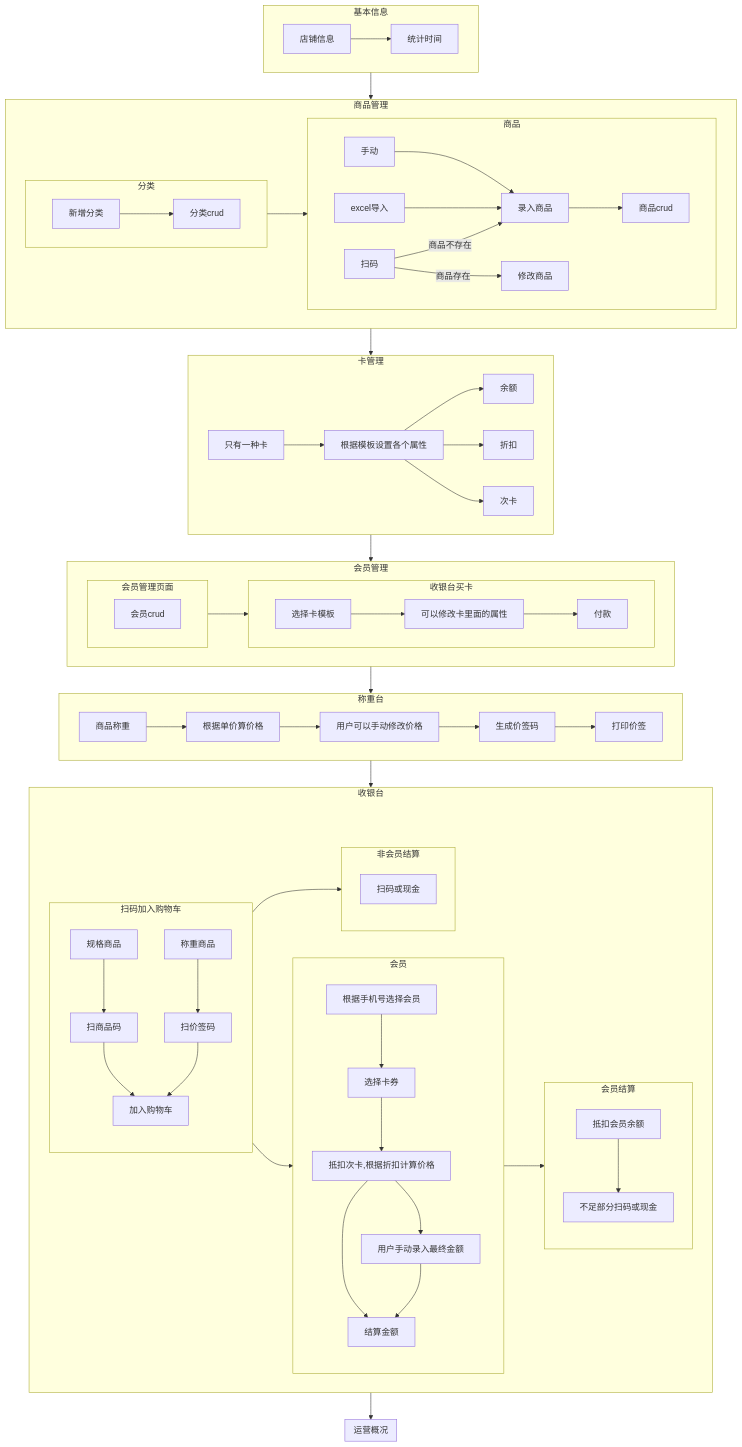
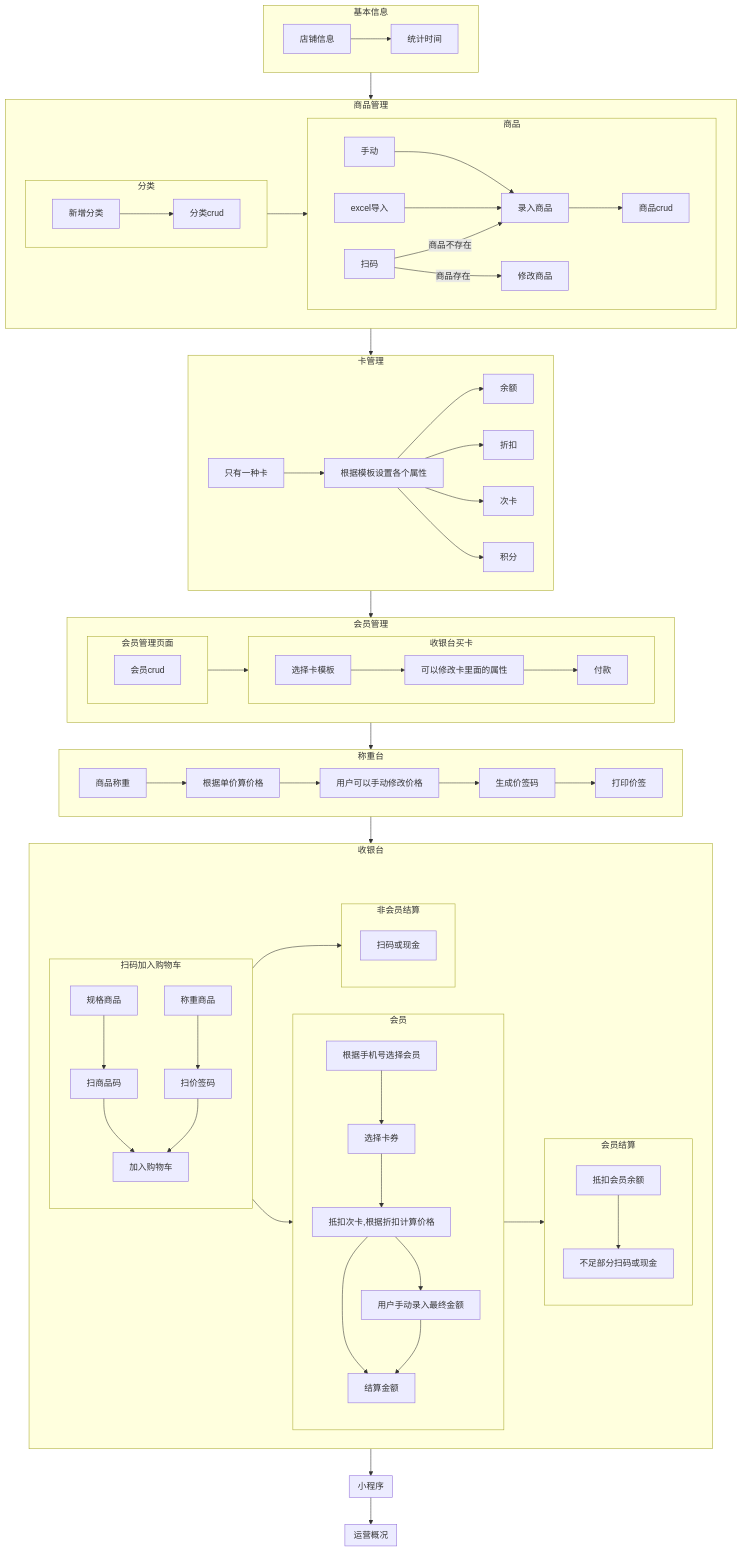
One commit to everforcc/DocJava changed the diagram in doc_java_project_znkj/24. 店掌柜/09. 流程图/02. 流程图.md. Above: the diagram before and after it, drawn with Mermaid. The commit also changed other lines of this file and 4 other files, not shown here.

Commit message:
店掌柜流程图

````diff
--- a/doc_java_project_znkj/24. 店掌柜/09. 流程图/02. 流程图.md
+++ b/doc_java_project_znkj/24. 店掌柜/09. 流程图/02. 流程图.md
@@ -3,75 +3,79 @@
 ```mermaid
   flowchart TB
     subgraph 基本信息
-      direction LR
-      店铺信息 --> 统计时间
+        direction LR
+        店铺信息 --> 统计时间
     end
     subgraph 商品管理
-      direction LR
-      subgraph 分类
         direction LR
-        新增分类 --> 分类crud
+        subgraph 分类
+            direction LR
+            新增分类 --> 分类crud
         end
-      subgraph 商品
-        direction LR
-        手动 --> 录入商品
-        excel导入 --> 录入商品
-        扫码 -- 商品不存在 --> 录入商品
-        扫码 -- 商品存在 --> 修改商品
-        录入商品 --> 商品crud
+        subgraph 商品
+            direction LR
+            手动 --> 录入商品
+            excel导入 --> 录入商品
+            扫码 -- 商品不存在 --> 录入商品
+            扫码 -- 商品存在 --> 修改商品
+            录入商品 --> 商品crud
         end
     end
-        分类 --> 商品
+    分类 --> 商品
     subgraph 卡管理
         direction LR
         只有一种卡 --> 根据模板设置各个属性
-        根据模板设置各个属性 --> 余额 
+        根据模板设置各个属性 --> 余额
         根据模板设置各个属性 --> 折扣
         根据模板设置各个属性 --> 次卡
-end
+        根据模板设置各个属性 --> 积分
+    end
     subgraph 会员管理
         direction LR
         subgraph 会员管理页面
             direction LR
             会员crud
         end
         subgraph 收银台买卡
             direction LR
             选择卡模板 --> 可以修改卡里面的属性 --> 付款
         end
     end
-        会员管理页面 --> 收银台买卡
+    会员管理页面 --> 收银台买卡
     subgraph 称重台
         direction LR
-            direction LR
-            商品称重 --> 根据单价算价格 --> 用户可以手动修改价格 --> 生成价签码  --> 打印价签
+        direction LR
+        商品称重 --> 根据单价算价格 --> 用户可以手动修改价格 --> 生成价签码 --> 打印价签
     end
     subgraph 收银台
-      direction LR
-      subgraph 扫码加入购物车
-        direction TB
-         规格商品 --> 扫商品码 --> 加入购物车 
-         称重商品 --> 扫价签码 --> 加入购物车 
-      end
-      subgraph 会员
-        direction TB
-        根据手机号选择会员 --> 选择卡券 --> 抵扣次卡,根据折扣计算价格
-          抵扣次卡,根据折扣计算价格 --> 结算金额
-          抵扣次卡,根据折扣计算价格 --> 用户手动录入最终金额 --> 结算金额
-      end
-      subgraph 会员结算
-        direction TB
-        抵扣会员余额 --> 不足部分扫码或现金
-      end
-      subgraph 非会员结算
-        direction TB
-        扫码或现金 
-      end
+        direction LR
+        subgraph 扫码加入购物车
+            direction TB
+            规格商品 --> 扫商品码 --> 加入购物车
+            称重商品 --> 扫价签码 --> 加入购物车
+        end
+        subgraph 会员
+            direction TB
+            根据手机号选择会员 --> 选择卡券 --> 抵扣次卡,根据折扣计算价格
+            抵扣次卡,根据折扣计算价格 --> 结算金额
+            抵扣次卡,根据折扣计算价格 --> 用户手动录入最终金额 --> 结算金额
+        end
+        subgraph 会员结算
+            direction TB
+            抵扣会员余额 --> 不足部分扫码或现金
+        end
+        subgraph 非会员结算
+            direction TB
+            扫码或现金
+        end
         扫码加入购物车 --> 会员 --> 会员结算
         扫码加入购物车 --> 非会员结算
+    end
+    subgraph 小程序
+        direction LR
     end
     subgraph 运营概况
         direction LR
     end
-    基本信息 --> 商品管理 --> 卡管理 --> 会员管理 --> 称重台 --> 收银台 --> 运营概况
+    基本信息 --> 商品管理 --> 卡管理 --> 会员管理 --> 称重台 --> 收银台 --> 小程序 --> 运营概况
 ```
````
